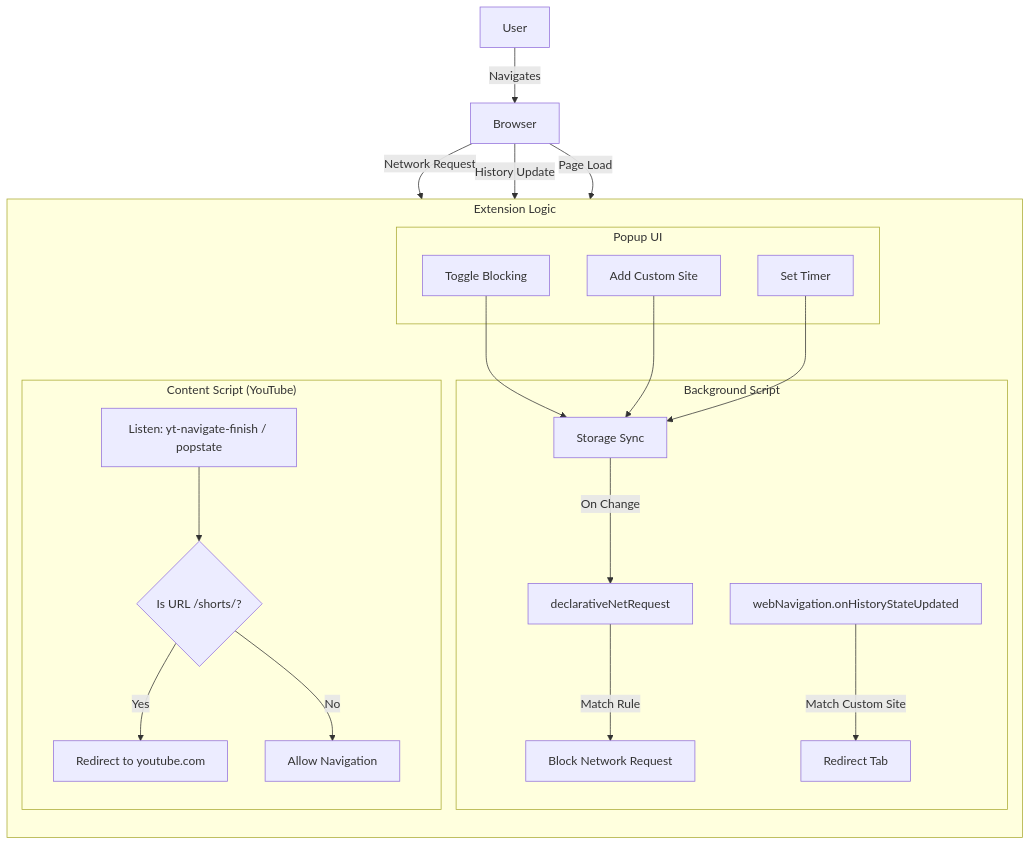
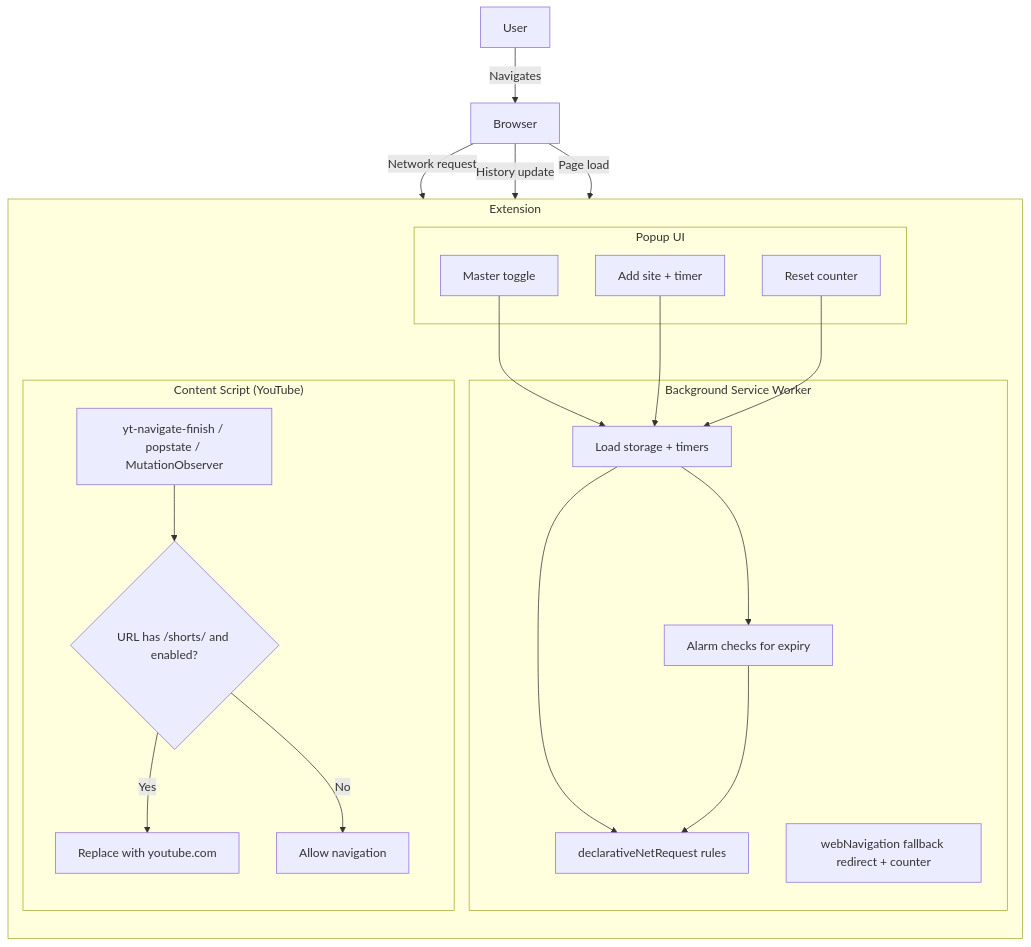
One commit to JustasMonkev/youtube-short-blocker changed the diagram in README.md. Above: the diagram before and after it, drawn with Mermaid. The commit also changed other lines of this file, not shown here.

````diff
--- a/README.md
+++ b/README.md
@@ -22,43 +22,43 @@
 ```mermaid
 graph TD
     User[User] -->|Navigates| Browser[Browser]
-    
-    subgraph "Extension Logic"
+
+    subgraph Extension
         direction TB
-        
-        subgraph "Content Script (YouTube)"
-            CS_Event[Listen: yt-navigate-finish / popstate]
-            CS_Check{Is URL /shorts/?}
-            CS_Redirect[Redirect to youtube.com]
-            
-            CS_Event --> CS_Check
-            CS_Check -->|Yes| CS_Redirect
-            CS_Check -->|No| Allow1[Allow Navigation]
+
+        subgraph Popup["Popup UI"]
+            UI_Toggle[Master toggle]
+            UI_Add[Add site + timer]
+            UI_Reset[Reset counter]
         end
-        
-        subgraph "Background Script"
-            BG_DNR[declarativeNetRequest]
-            BG_Nav[webNavigation.onHistoryStateUpdated]
-            BG_Storage[Storage Sync]
-            
-            BG_DNR -->|Match Rule| BlockRequest[Block Network Request]
-            BG_Nav -->|Match Custom Site| UpdateTab[Redirect Tab]
+
+        subgraph Background["Background Service Worker"]
+            BG_Load[Load storage + timers]
+            BG_Alarms[Alarm checks for expiry]
+            BG_DNR[declarativeNetRequest rules]
+            BG_Nav[webNavigation fallback redirect + counter]
         end
-        
-        subgraph "Popup UI"
-            UI_Toggle[Toggle Blocking]
-            UI_Add[Add Custom Site]
-            UI_Timer[Set Timer]
-            
-            UI_Toggle --> BG_Storage
-            UI_Add --> BG_Storage
-            UI_Timer --> BG_Storage
+
+        subgraph Content["Content Script (YouTube)"]
+            CS_Event[yt-navigate-finish / popstate / MutationObserver]
+            CS_Check{URL has /shorts/ and enabled?}
+            CS_Redirect[Replace with youtube.com]
+            CS_Allow[Allow navigation]
         end
     end
-    
-    Browser -->|Network Request| BG_DNR
-    Browser -->|History Update| BG_Nav
-    Browser -->|Page Load| CS_Event
-    
-    BG_Storage -->|On Change| BG_DNR
+
+    UI_Toggle --> BG_Load
+    UI_Add --> BG_Load
+    UI_Reset --> BG_Load
+    BG_Load --> BG_DNR
+    BG_Load --> BG_Alarms
+    BG_Alarms --> BG_DNR
+
+    Browser -->|Network request| BG_DNR
+    Browser -->|History update| BG_Nav
+    Browser -->|Page load| CS_Event
+
+    CS_Event --> CS_Check
+    CS_Check -->|Yes| CS_Redirect
+    CS_Check -->|No| CS_Allow
 ```
````
